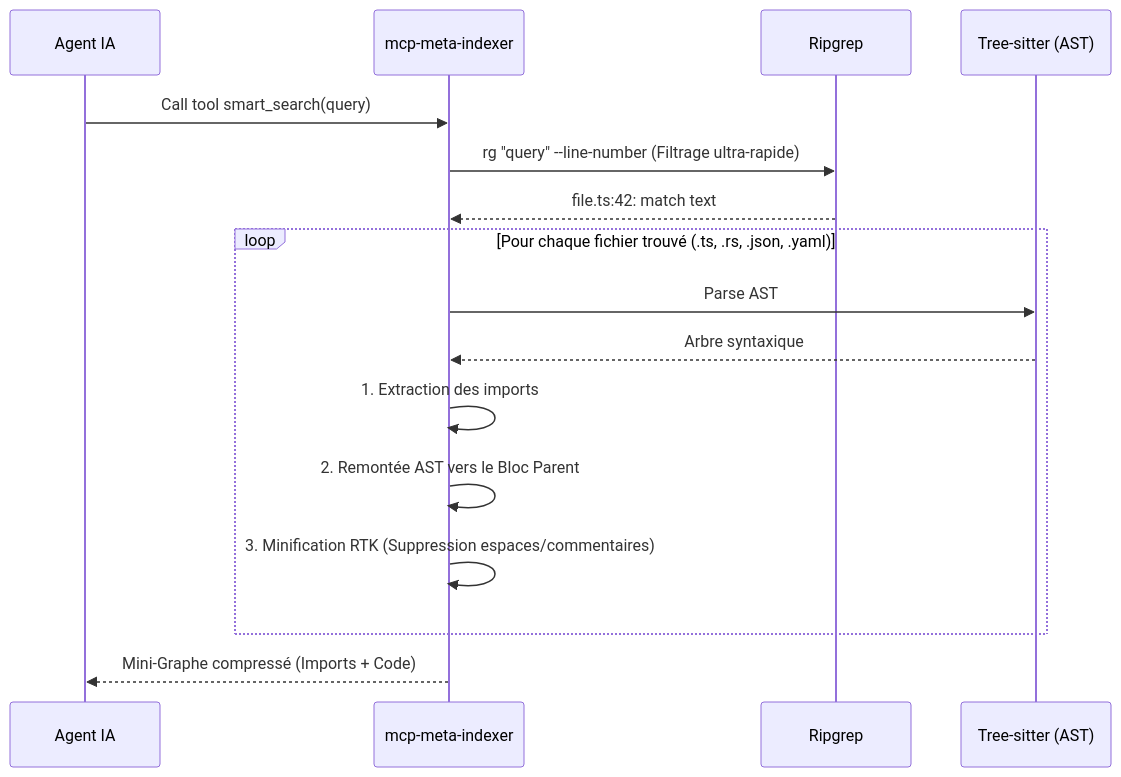
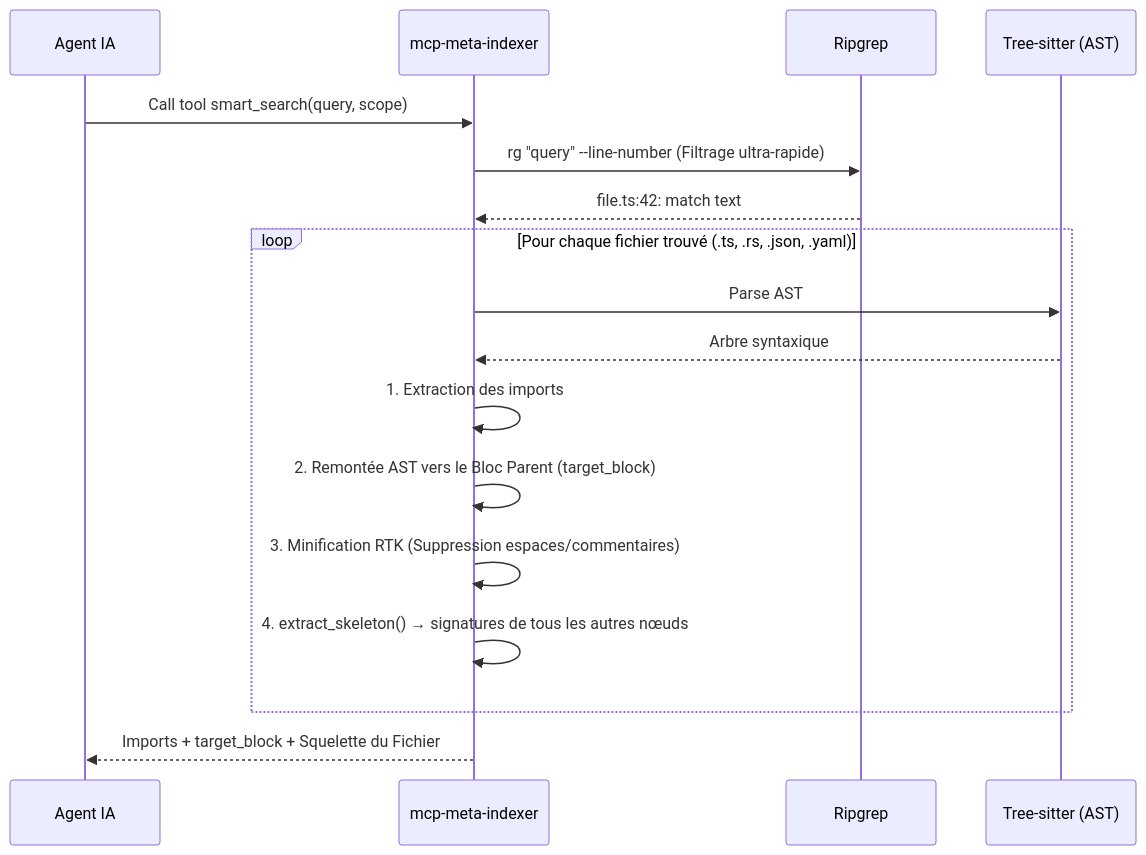
One commit to Volontariapp/mcp-meta-indexer changed the second of 4 diagrams in README.md. Above: the diagram before and after it, drawn with Mermaid. The commit also changed other lines of this file and 1 other file, not shown here.

````diff
--- a/README.md
+++ b/README.md
@@ -30,21 +30,22 @@
 ```mermaid
 sequenceDiagram
     participant IA as Agent IA
     participant MCP as mcp-meta-indexer
     participant RG as Ripgrep
     participant TS as Tree-sitter (AST)
     
-    IA->>MCP: Call tool smart_search(query)
+    IA->>MCP: Call tool smart_search(query, scope)
     MCP->>RG: rg "query" --line-number (Filtrage ultra-rapide)
     RG-->>MCP: file.ts:42: match text
     
     loop Pour chaque fichier trouvé (.ts, .rs, .json, .yaml)
         MCP->>TS: Parse AST
         TS-->>MCP: Arbre syntaxique
         MCP->>MCP: 1. Extraction des imports
-        MCP->>MCP: 2. Remontée AST vers le Bloc Parent
+        MCP->>MCP: 2. Remontée AST vers le Bloc Parent (target_block)
         MCP->>MCP: 3. Minification RTK (Suppression espaces/commentaires)
+        MCP->>MCP: 4. extract_skeleton() → signatures de tous les autres nœuds
     end
     
-    MCP-->>IA: Mini-Graphe compressé (Imports + Code)
+    MCP-->>IA: Imports + target_block + Squelette du Fichier
 ```
````
